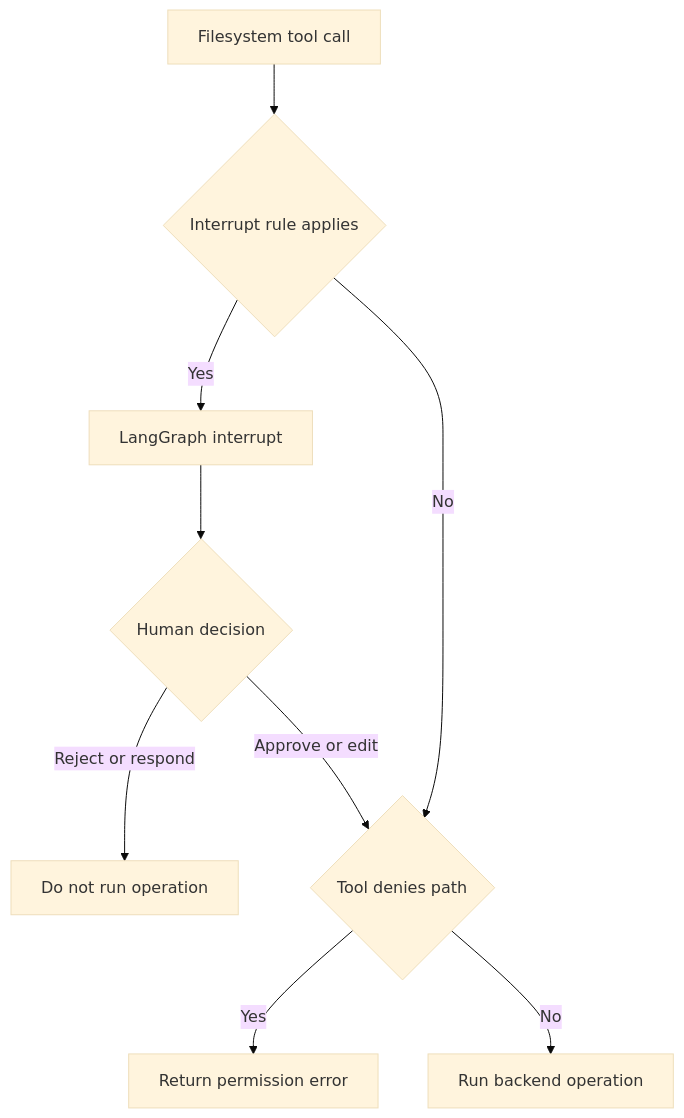
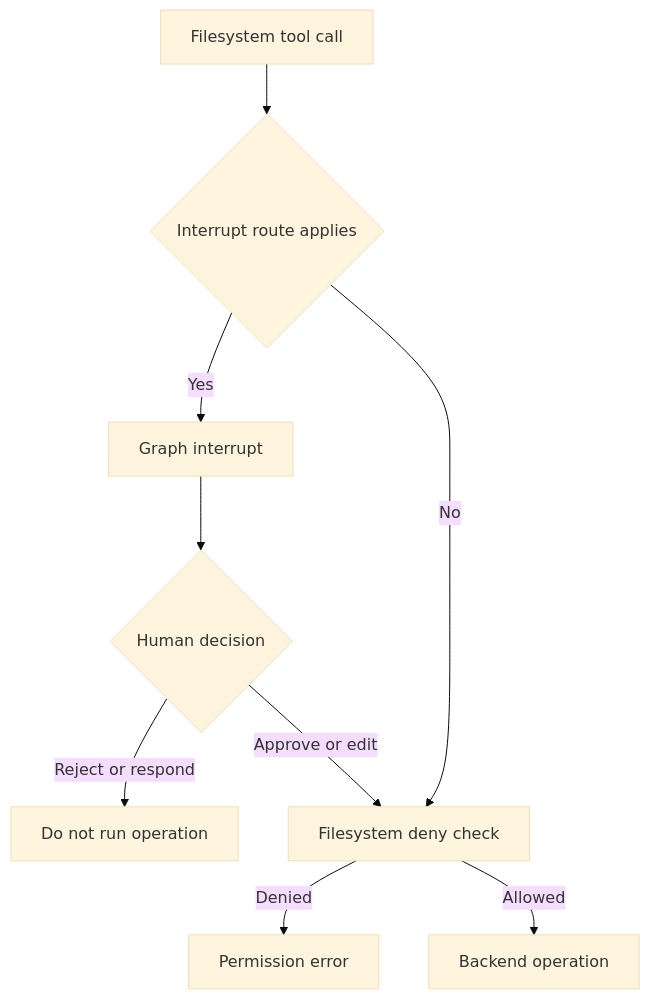
Before and after one commit to langchain-ai/deepagents: the first of 2 diagrams in openwiki/concepts/permissions-hitl.md, drawn with Mermaid (base theme). The commit also changed other lines of this file and 47 other files, not shown here.

````diff
--- a/openwiki/concepts/permissions-hitl.md
+++ b/openwiki/concepts/permissions-hitl.md
@@ -86,11 +85,11 @@
 ```mermaid
 flowchart TD
-    Call["Filesystem tool call"] --> Gate{"Interrupt rule applies"}
-    Gate -->|Yes| Pause["LangGraph interrupt"]
+    Call["Filesystem tool call"] --> Gate{"Interrupt route applies"}
+    Gate -->|Yes| Pause["Graph interrupt"]
     Pause --> Decision{"Human decision"}
-    Decision -->|Reject or respond| Stop["Do not run operation"]
-    Decision -->|Approve or edit| Check
-    Gate -->|No| Check{"Tool denies path"}
-    Check -->|Yes| Denied["Return permission error"]
-    Check -->|No| Run["Run backend operation"]
+    Decision -->|Reject or respond| Halt["Do not run operation"]
+    Decision -->|Approve or edit| Check["Filesystem deny check"]
+    Gate -->|No| Check
+    Check -->|Denied| Denied["Permission error"]
+    Check -->|Allowed| Run["Backend operation"]
 ```
````
